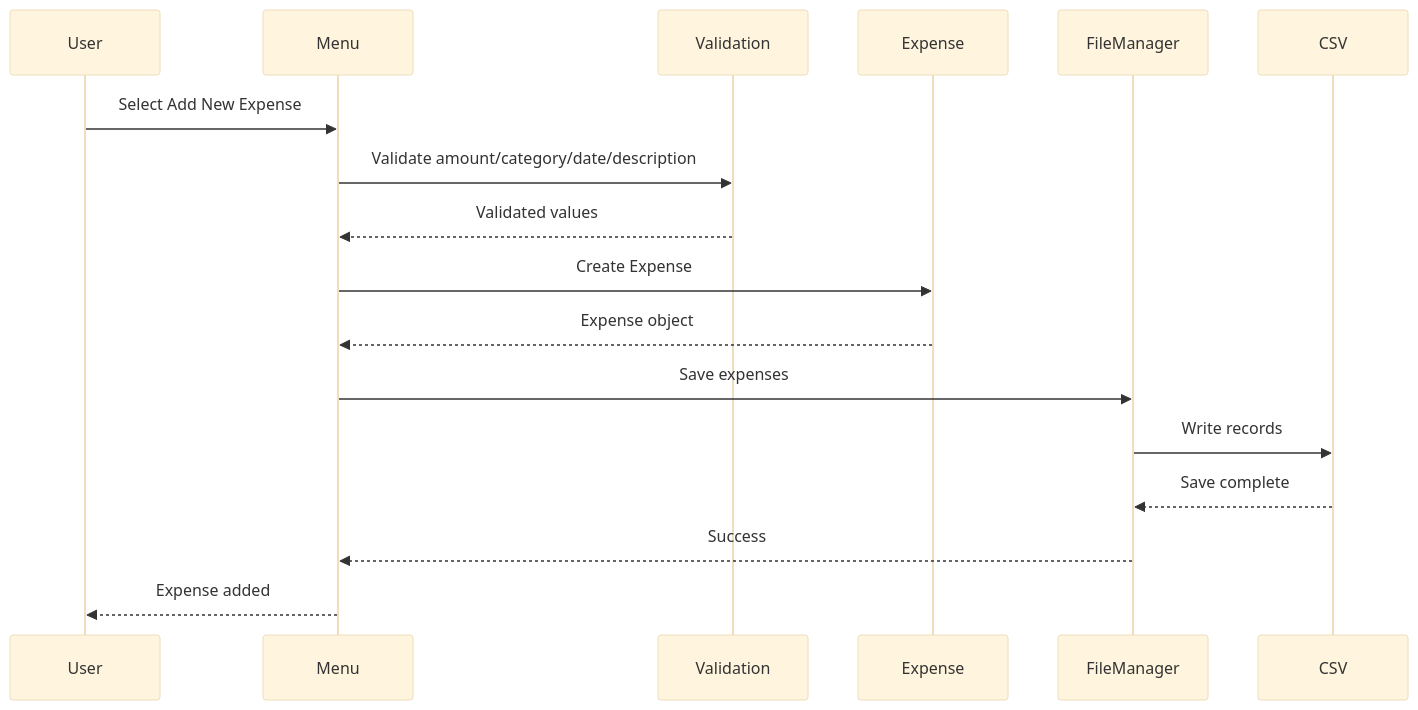
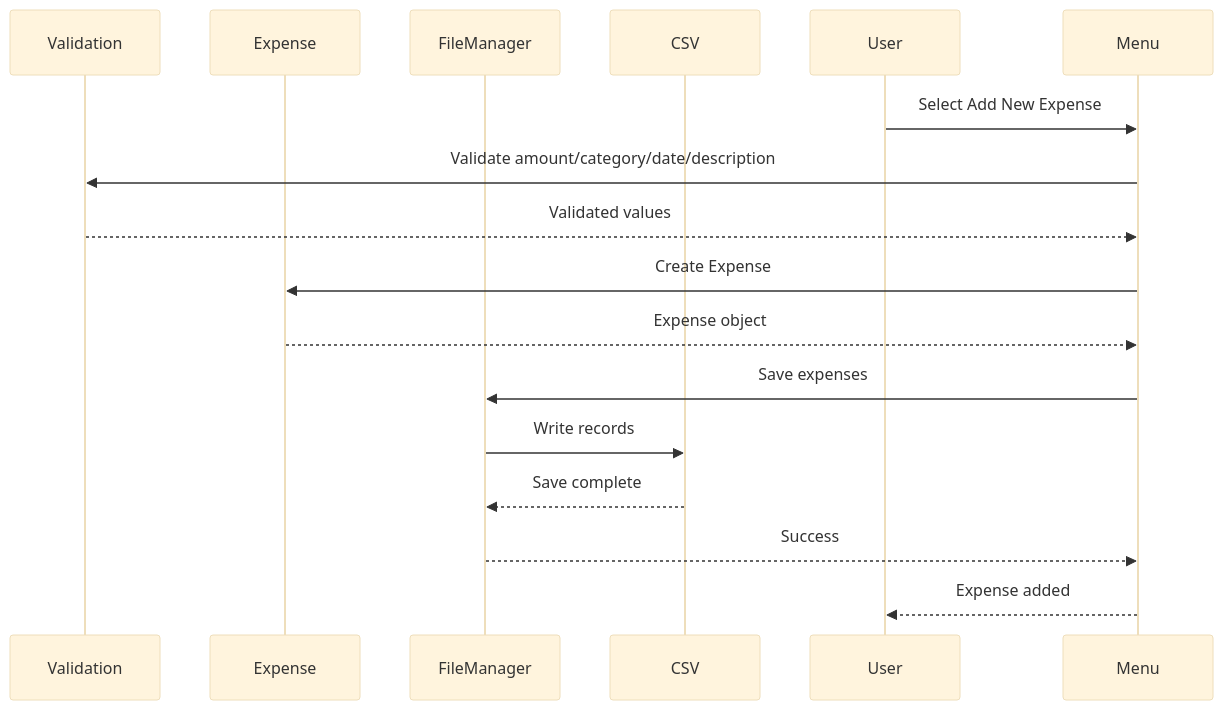
Before and after one commit to madhurjabhattacharjee479-arch/personal-finance-manager: the diagram in docs/diagrams/sequence-diagram.mmd, drawn with Mermaid (base theme).

Commit message:
Complete project documentation and diagrams

```diff
--- a/docs/diagrams/sequence-diagram.mmd
+++ b/docs/diagrams/sequence-diagram.mmd
@@ -1,18 +1,16 @@
 sequenceDiagram
-    participant User
-    participant Menu
     participant Validation
     participant Expense
     participant FileManager
     participant CSV
 
     User->>Menu: Select Add New Expense
     Menu->>Validation: Validate amount/category/date/description
     Validation-->>Menu: Validated values
     Menu->>Expense: Create Expense
     Expense-->>Menu: Expense object
     Menu->>FileManager: Save expenses
     FileManager->>CSV: Write records
     CSV-->>FileManager: Save complete
     FileManager-->>Menu: Success
     Menu-->>User: Expense added
```
